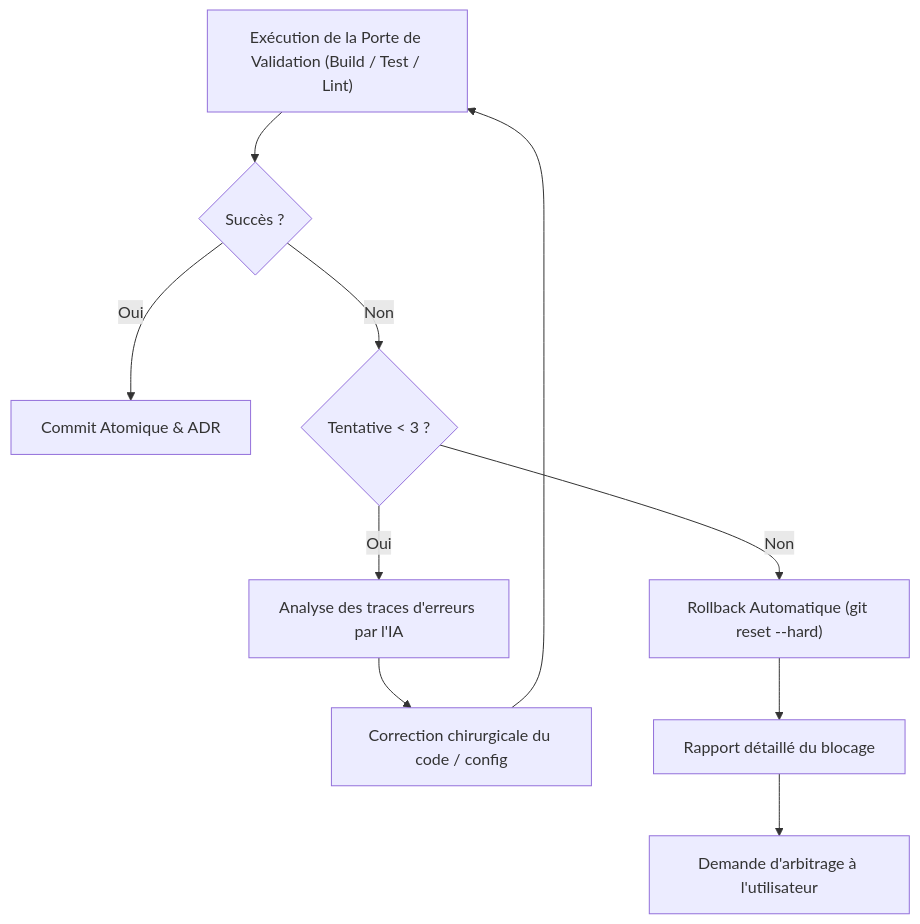
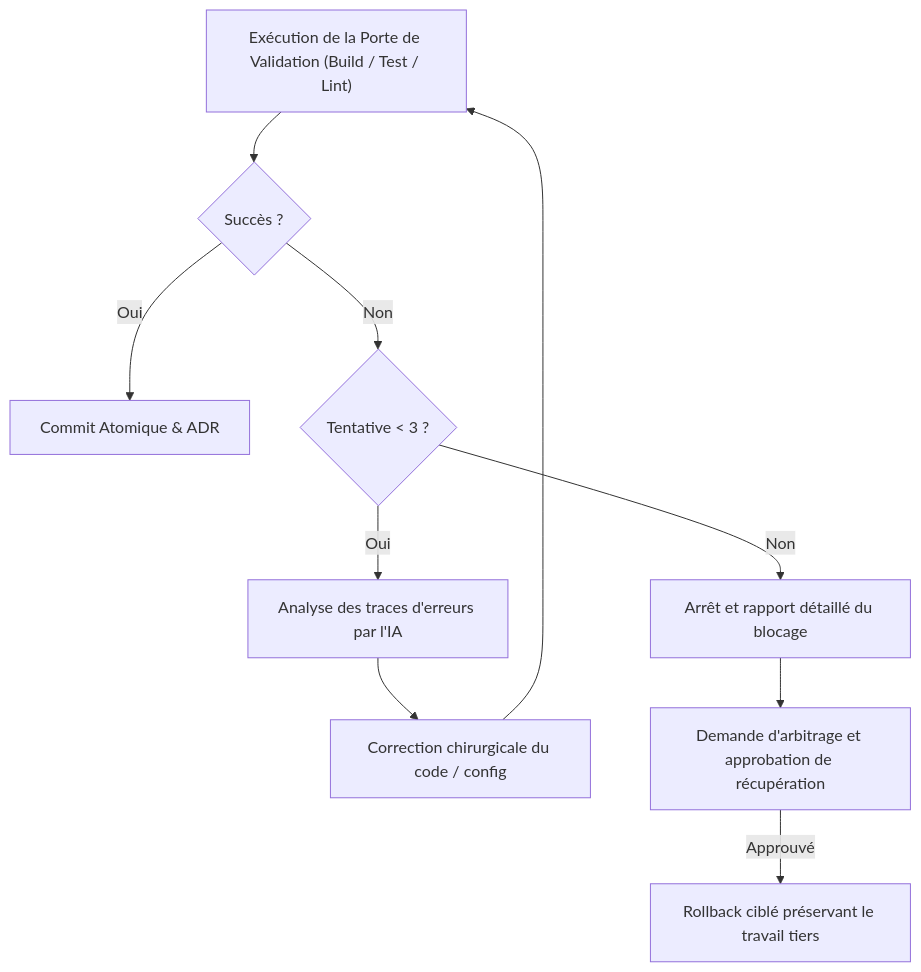
The diagram in skills/repo-modernizer-acrazie/references/execution-protocol.md (Acrazie/skills), drawn with Mermaid before and after one commit. The commit also changed other lines of this file and 43 other files, not shown here.

````diff
--- a/skills/repo-modernizer-acrazie/references/execution-protocol.md
+++ b/skills/repo-modernizer-acrazie/references/execution-protocol.md
@@ -88,12 +88,12 @@
 ```mermaid
 flowchart TD
     RunGate["Exécution de la Porte de Validation (Build / Test / Lint)"] --> Check{"Succès ?"}
     Check -- Oui --> Commit["Commit Atomique & ADR"]
     Check -- Non --> Loop{"Tentative < 3 ?"}
     Loop -- Oui --> Analyze["Analyse des traces d'erreurs par l'IA"]
     Analyze --> Patch["Correction chirurgicale du code / config"]
     Patch --> RunGate
-    Loop -- Non --> Rollback["Rollback Automatique (git reset --hard)"]
-    Rollback --> Report["Rapport détaillé du blocage"]
-    Report --> Arbitrate["Demande d'arbitrage à l'utilisateur"]
+    Loop -- Non --> Report["Arrêt et rapport détaillé du blocage"]
+    Report --> Arbitrate["Demande d'arbitrage et approbation de récupération"]
+    Arbitrate -- Approuvé --> Rollback["Rollback ciblé préservant le travail tiers"]
 ```
````
